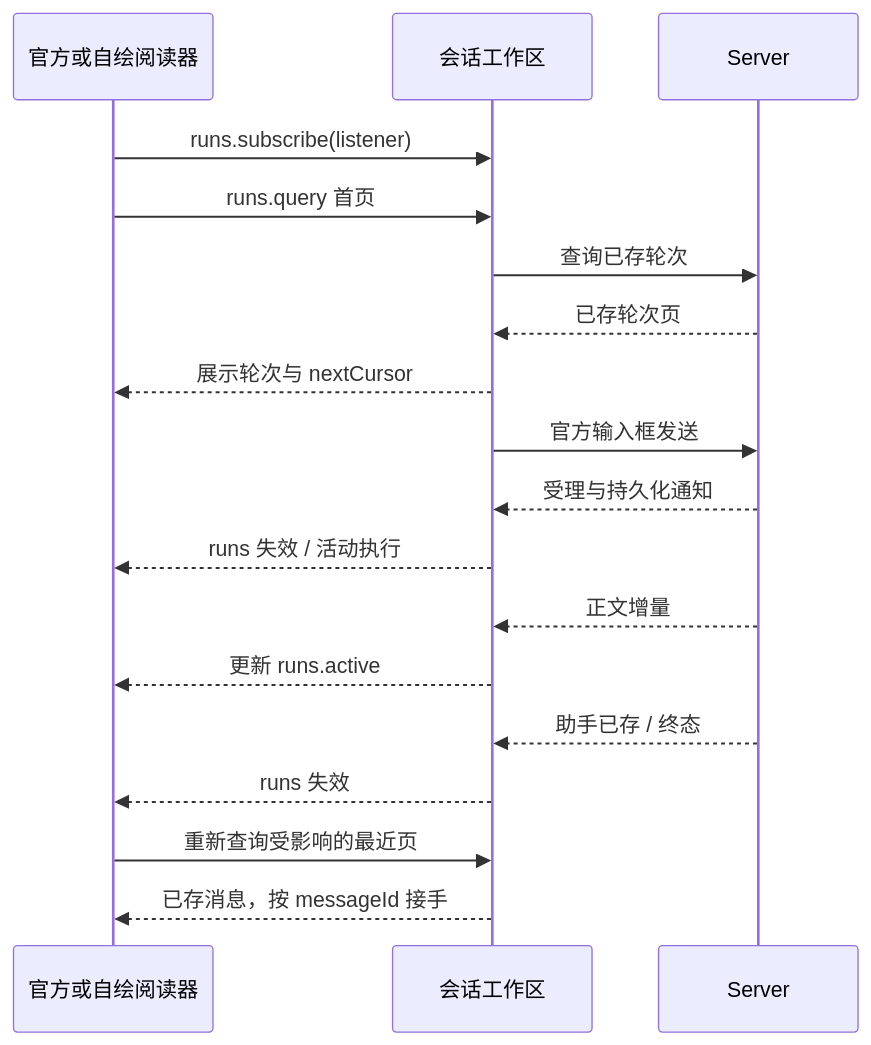
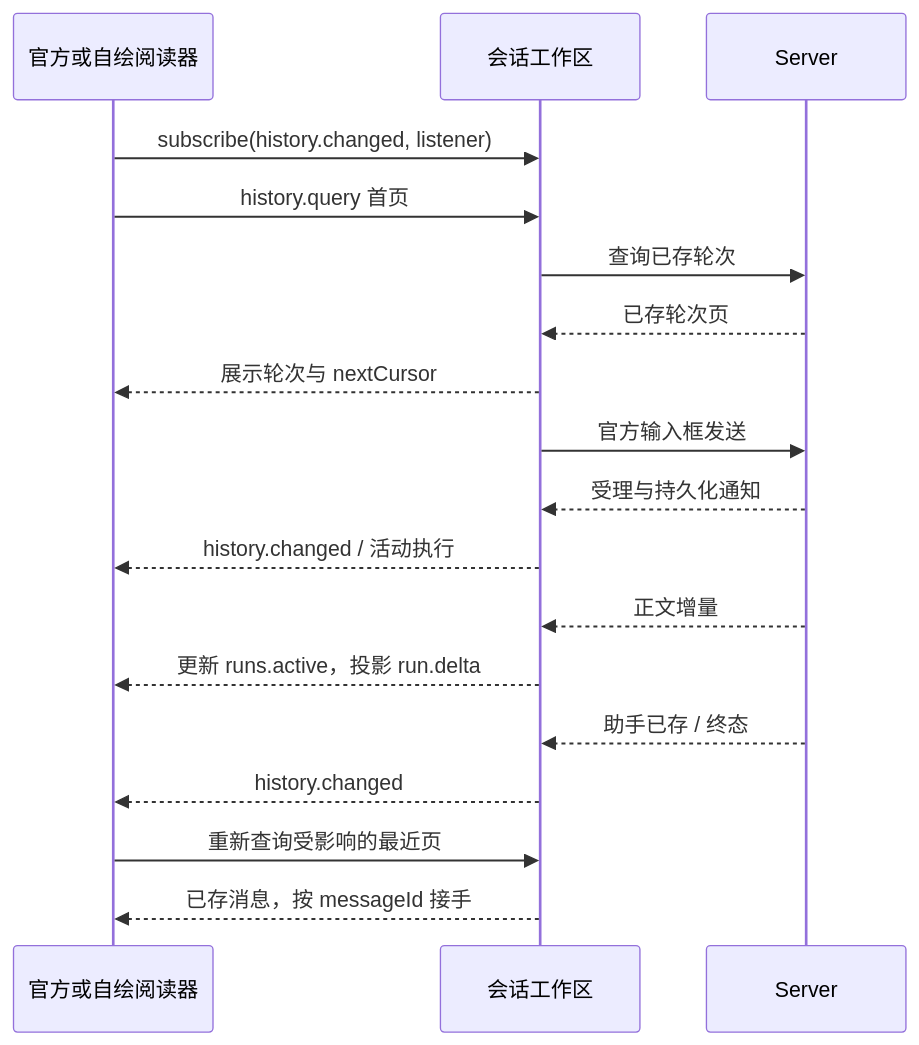
One commit to huiru-wang/SillyRealms changed the second of 2 diagrams in plan/前端目标架构.md. Above: the diagram before and after it, drawn with Mermaid. The commit also changed other lines of this file and 130 other files, not shown here.

````diff
--- a/plan/前端目标架构.md
+++ b/plan/前端目标架构.md
@@ -87,20 +78,20 @@
 ```mermaid
 sequenceDiagram
   participant Reader as 官方或自绘阅读器
   participant Host as 会话工作区
   participant Server as Server
-  Reader->>Host: runs.subscribe(listener)
-  Reader->>Host: runs.query 首页
+  Reader->>Host: subscribe(history.changed, listener)
+  Reader->>Host: history.query 首页
   Host->>Server: 查询已存轮次
   Server-->>Host: 已存轮次页
   Host-->>Reader: 展示轮次与 nextCursor
   Host->>Server: 官方输入框发送
   Server-->>Host: 受理与持久化通知
-  Host-->>Reader: runs 失效 / 活动执行
+  Host-->>Reader: history.changed / 活动执行
   Server-->>Host: 正文增量
-  Host-->>Reader: 更新 runs.active
+  Host-->>Reader: 更新 runs.active，投影 run.delta
   Server-->>Host: 助手已存 / 终态
-  Host-->>Reader: runs 失效
+  Host-->>Reader: history.changed
   Reader->>Host: 重新查询受影响的最近页
   Host-->>Reader: 已存消息，按 messageId 接手
 ```
````
